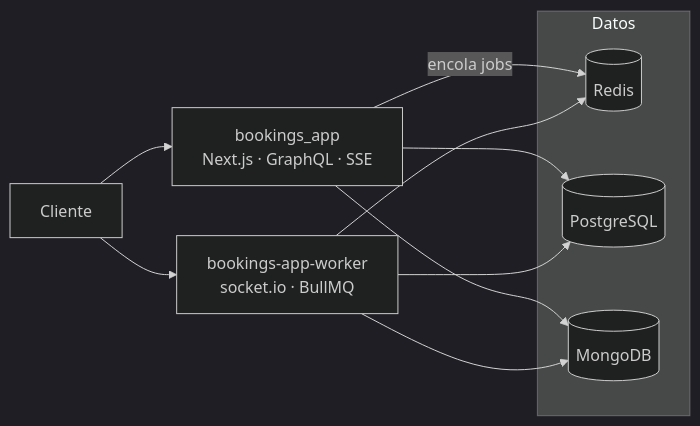
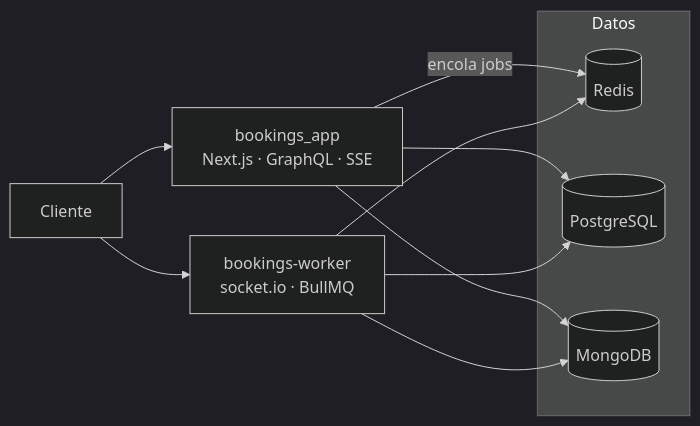
The diagram in README.md (agustisera1/bookings_app), drawn with Mermaid (dark theme) before and after one commit. The commit also changed other lines of this file and 10 other files, not shown here.

````diff
--- a/README.md
+++ b/README.md
@@ -29,13 +33,13 @@
 ```mermaid
 flowchart LR
   U[Cliente] --> APP["bookings_app<br/>Next.js · GraphQL · SSE"]
-  U --> WRK["bookings-app-worker<br/>socket.io · BullMQ"]
+  U --> WRK["bookings-worker<br/>socket.io · BullMQ"]
   APP -->|encola jobs| RD
   APP --> PG & MG
   WRK --> PG & MG & RD
   subgraph Datos
     PG[(PostgreSQL)]
     MG[(MongoDB)]
     RD[(Redis)]
   end
 ```
````
